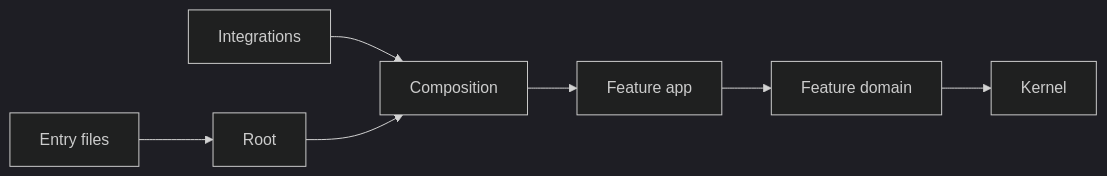
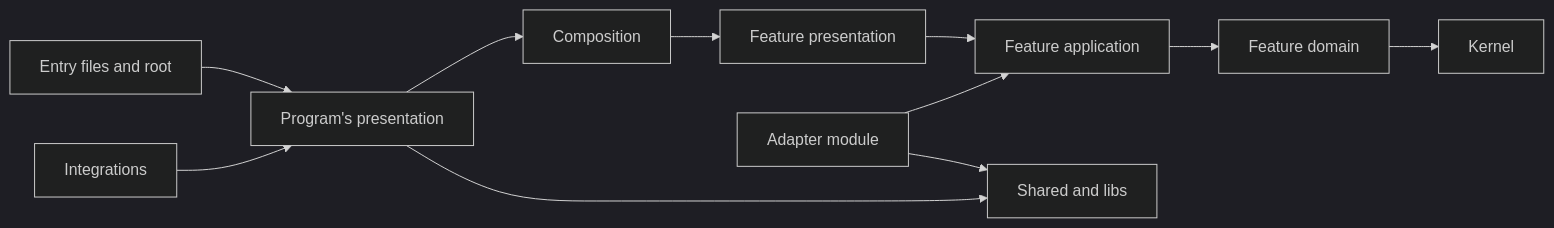
Before and after one commit to droneey/constitution: the diagram in apps/docs/content/examples/import-points-inward.md, drawn with Mermaid (dark theme). The commit also changed 1105 other files, not shown here.

````diff
--- a/apps/docs/content/examples/import-points-inward.md
+++ b/apps/docs/content/examples/import-points-inward.md
@@ -1,9 +1,13 @@
 ```mermaid
 flowchart LR
-  entries[Entry files] --> root[Root]
-  integrations[Integrations] --> composition[Composition]
-  root --> composition
-  composition --> app[Feature app]
-  app --> domain[Feature domain]
+  entries[Entry files and root] --> presentation[Program's presentation]
+  integrations[Integrations] --> presentation
+  presentation --> composition[Composition]
+  composition --> featurePresentation[Feature presentation]
+  featurePresentation --> application[Feature application]
+  application --> domain[Feature domain]
   domain --> kernel[Kernel]
+  infrastructure[Adapter module] --> application
+  presentation --> shared[Shared and libs]
+  infrastructure --> shared
 ```
````
